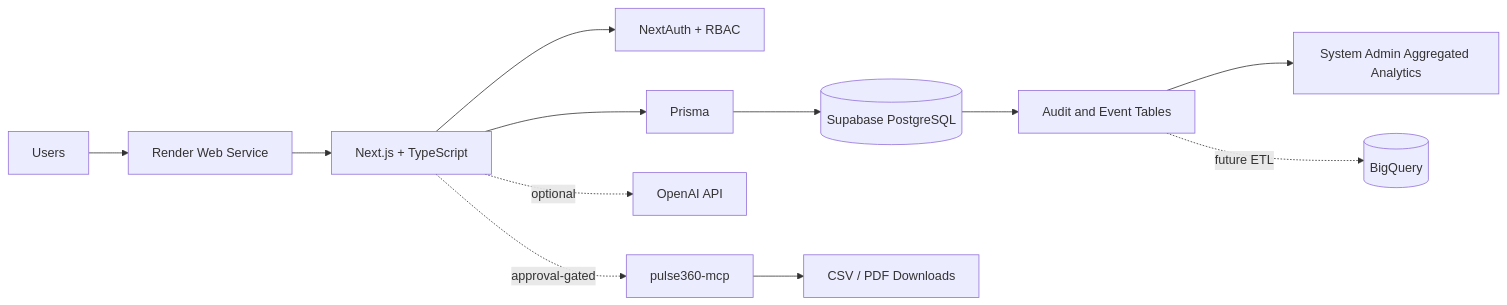
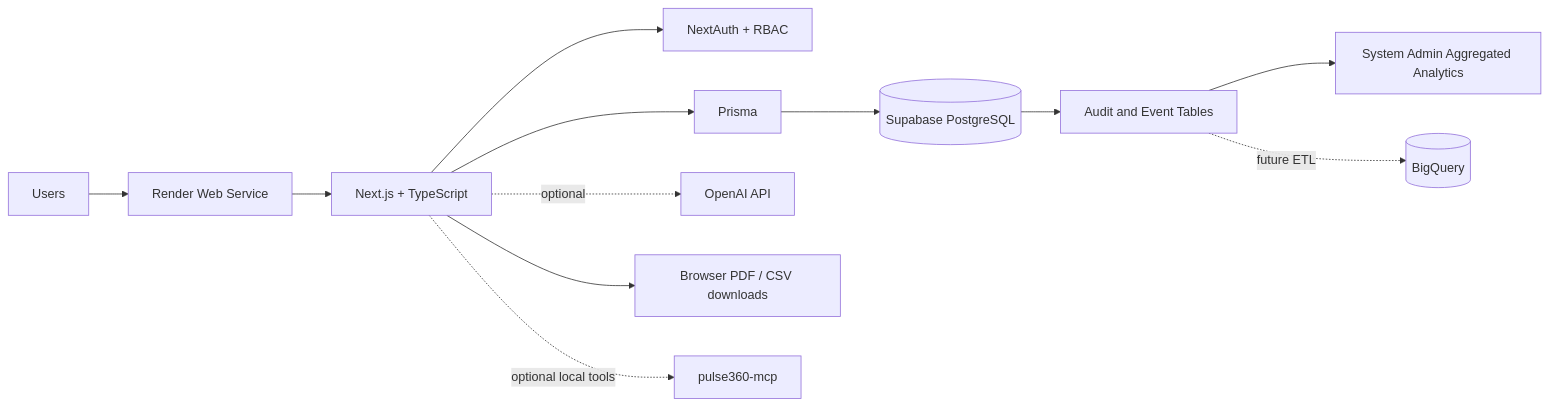
One commit to Shotza247/Pulse360_Hackathon_Day changed the diagram in README.md. Above: the diagram before and after it, drawn with Mermaid. The commit also changed other lines of this file and 3 other files, not shown here.

````diff
--- a/README.md
+++ b/README.md
@@ -64,14 +64,14 @@
 ```mermaid
 flowchart LR
     U[Users] --> R[Render Web Service]
     R --> N[Next.js + TypeScript]
     N --> AUTH[NextAuth + RBAC]
     N --> P[Prisma]
     P --> DB[(Supabase PostgreSQL)]
     N -. optional .-> AI[OpenAI API]
-    N -. approval-gated .-> MCP[pulse360-mcp]
-    MCP --> FILES[CSV / PDF Downloads]
+    N --> B[Browser PDF / CSV downloads]
+    N -. optional local tools .-> MCP[pulse360-mcp]
     DB --> EVENTS[Audit and Event Tables]
     EVENTS --> SYS[System Admin Aggregated Analytics]
     EVENTS -. future ETL .-> BQ[(BigQuery)]
 ```
````
